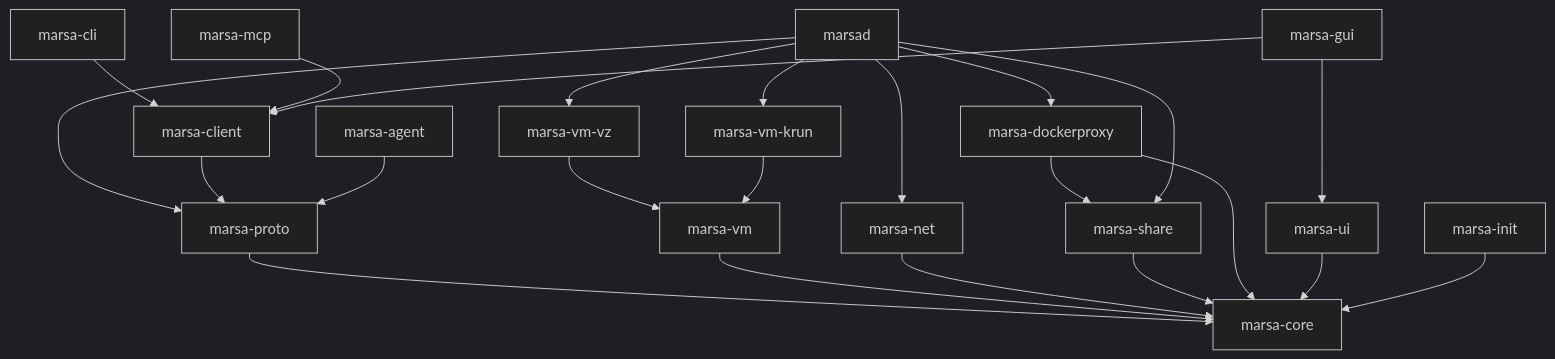
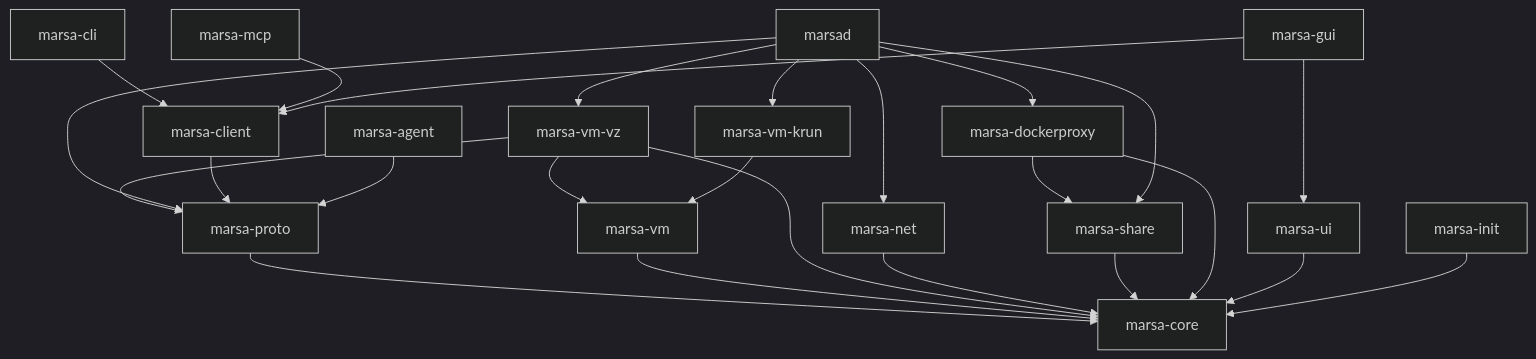
One commit to nasraldin/marsa changed the fifth of 5 diagrams in docs/02-architecture-overview.md. Above: the diagram before and after it, drawn with Mermaid (dark theme). The commit also changed 23 other files, not shown here.

````diff
--- a/docs/02-architecture-overview.md
+++ b/docs/02-architecture-overview.md
@@ -208,42 +208,44 @@
 ```mermaid
 flowchart TD
     core["marsa-core"]
     proto["marsa-proto"]
     vm["marsa-vm"]
     vz["marsa-vm-vz"]
     krun["marsa-vm-krun"]
     net["marsa-net"]
     share["marsa-share"]
     dproxy["marsa-dockerproxy"]
     d["marsad"]
     client["marsa-client"]
     cli["marsa-cli"]
     mcp["marsa-mcp"]
     ui["marsa-ui"]
     gui["marsa-gui"]
     agent["marsa-agent"]
     init["marsa-init"]
 
     proto --> core
     vm --> core
     vz --> vm
+    vz --> core
+    vz --> proto
     krun --> vm
     net --> core
     share --> core
     dproxy --> core
     dproxy --> share
     d --> vz
     d --> krun
     d --> net
     d --> share
     d --> dproxy
     d --> proto
     client --> proto
     cli --> client
     mcp --> client
     gui --> client
     gui --> ui
     ui --> core
     agent --> proto
     init --> core
 ```
````
